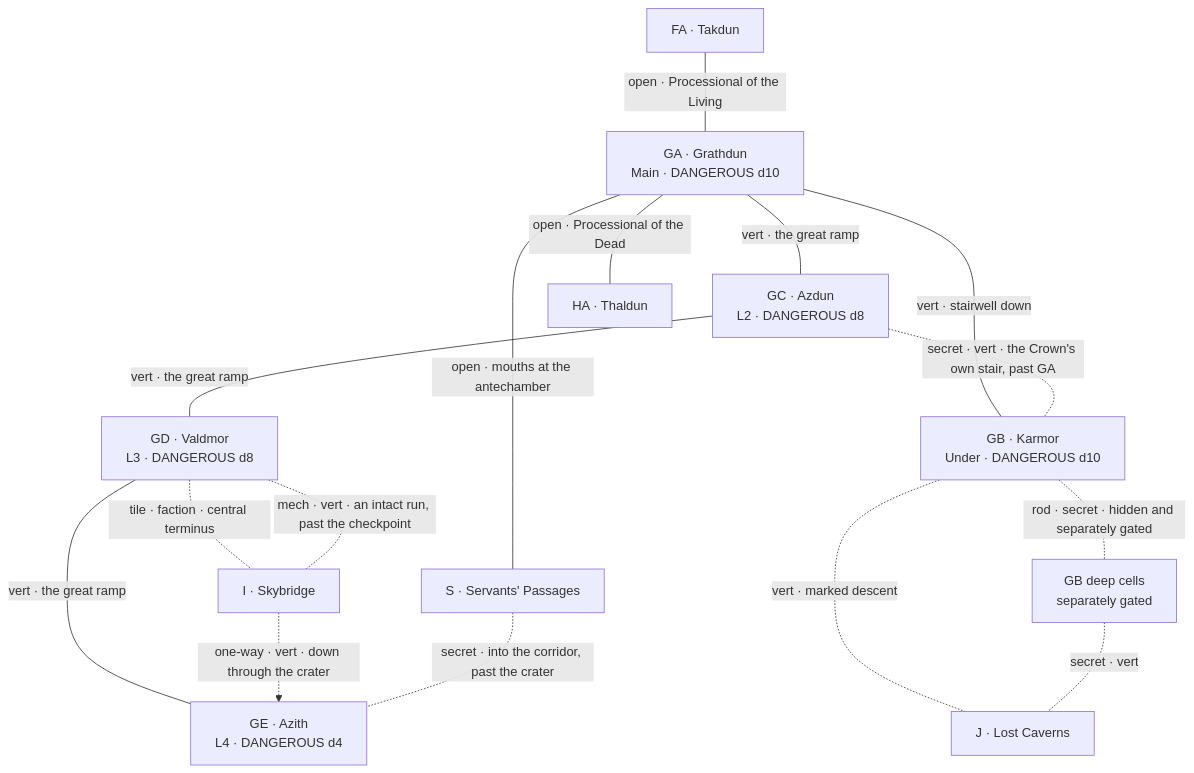
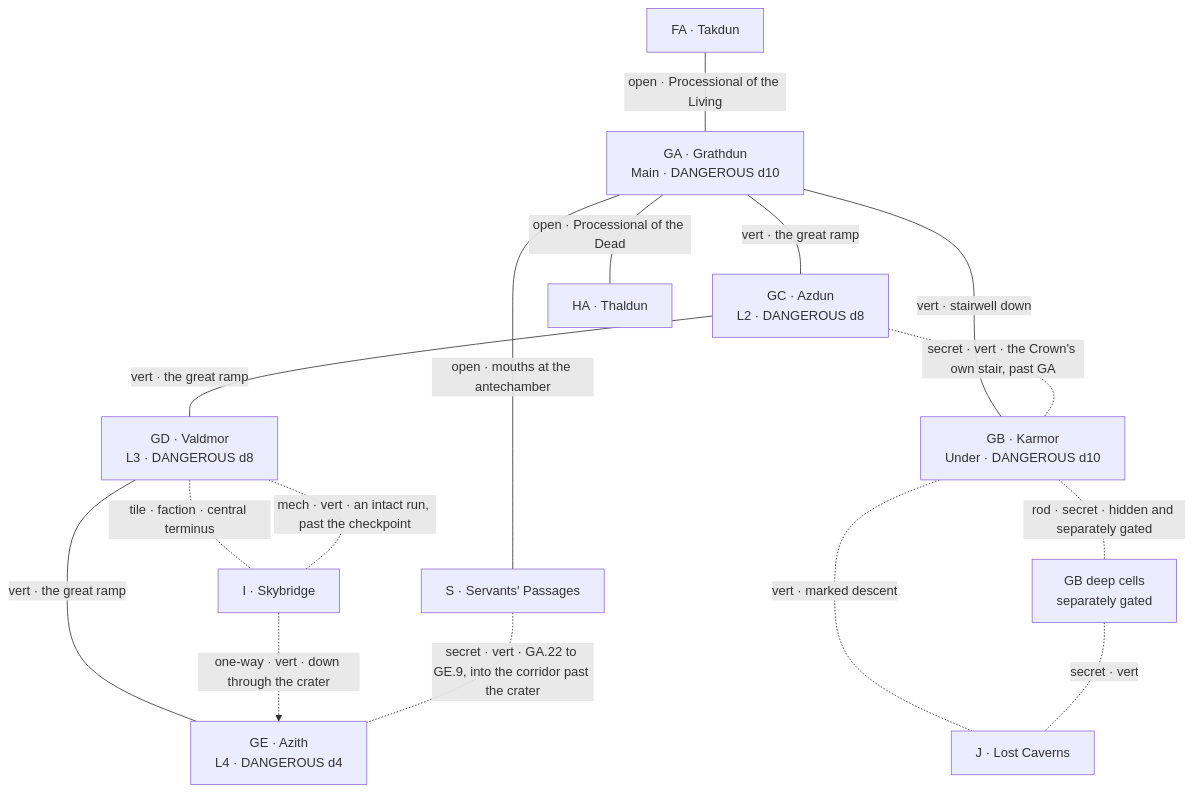
One commit to rstevenson1237/drakenhold changed the fourth of 6 diagrams in diagrams/Drakenhold_Relational_Diagram.md. Above: the diagram before and after it, drawn with Mermaid. The commit also changed other lines of this file and 7 other files, not shown here.

````diff
--- a/diagrams/Drakenhold_Relational_Diagram.md
+++ b/diagrams/Drakenhold_Relational_Diagram.md
@@ -163,30 +163,30 @@
 ```mermaid
 graph TD
     FA["FA · Takdun"]
     GA["GA · Grathdun<br/>Main · DANGEROUS d10"]
     GB["GB · Karmor<br/>Under · DANGEROUS d10"]
     GC["GC · Azdun<br/>L2 · DANGEROUS d8"]
     GD["GD · Valdmor<br/>L3 · DANGEROUS d8"]
     GE["GE · Azith<br/>L4 · DANGEROUS d4"]
     DC["GB deep cells<br/>separately gated"]
     S["S · Servants' Passages"]
     I["I · Skybridge"]
     J["J · Lost Caverns"]
     HA["HA · Thaldun"]
 
     FA ---|"open · Processional of the Living"| GA
     GA ---|"open · Processional of the Dead"| HA
     GA ---|"open · mouths at the antechamber"| S
     GA ---|"vert · stairwell down"| GB
     GA ---|"vert · the great ramp"| GC
     GC ---|"vert · the great ramp"| GD
     GD ---|"vert · the great ramp"| GE
     GB -.-|"rod · secret · hidden and separately gated"| DC
     GC -.-|"secret · vert · the Crown's own stair, past GA"| GB
     GD -.-|"tile · faction · central terminus"| I
     GD -.-|"mech · vert · an intact run, past the checkpoint"| I
     I -.->|"one-way · vert · down through the crater"| GE
-    S -.-|"secret · into the corridor, past the crater"| GE
+    S -.-|"secret · vert · GA.22 to GE.9, into the corridor past the crater"| GE
     GB -.-|"vert · marked descent"| J
     DC -.-|"secret · vert"| J
 ```
````
